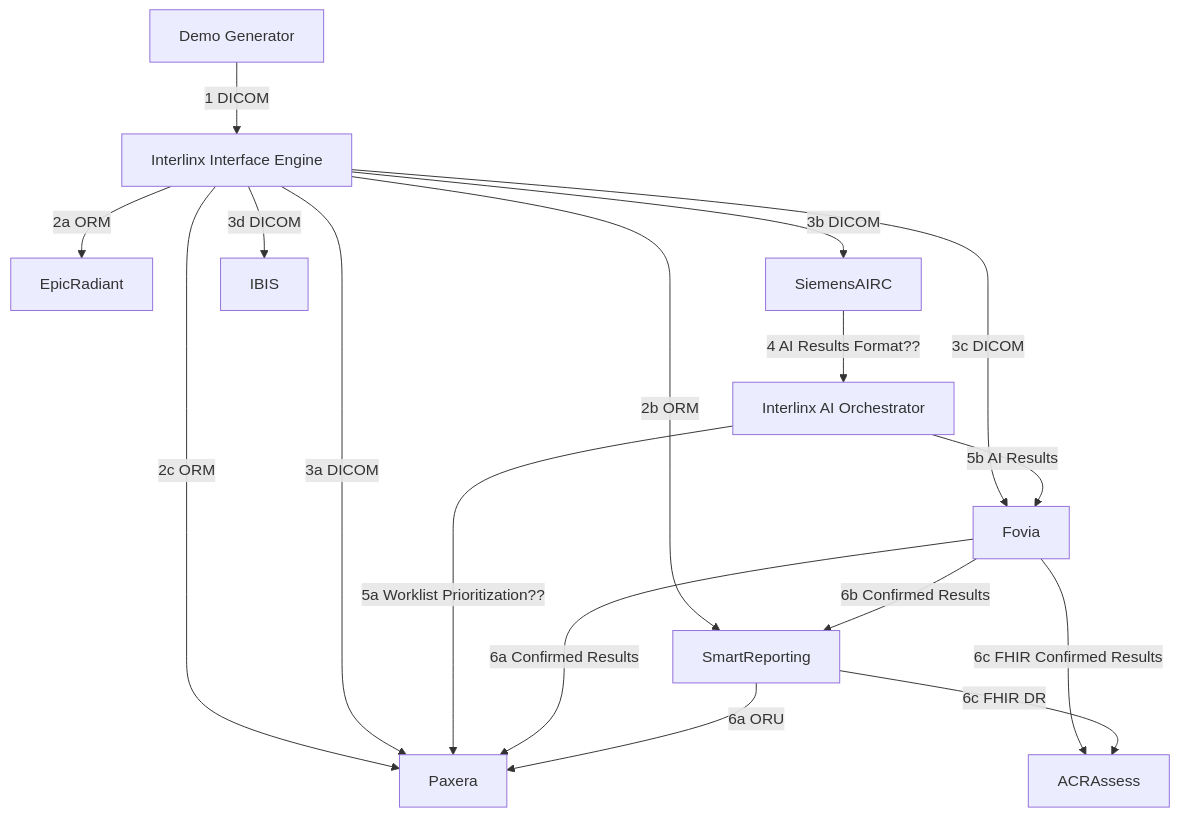
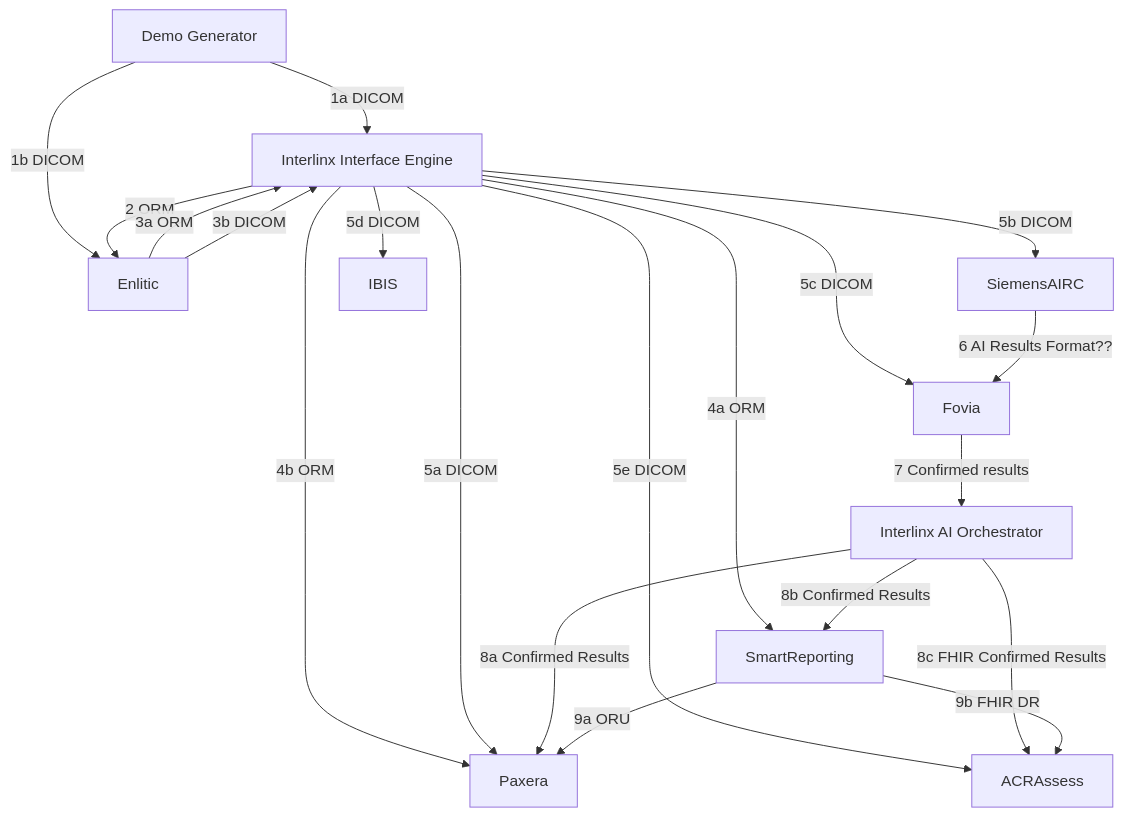
One commit to mohannadhussain/rsna-2024-rr-demo changed the diagram in ettinger/diagram-prostate-mr.md. Above: the diagram before and after it, drawn with Mermaid.

````diff
--- a/ettinger/diagram-prostate-mr.md
+++ b/ettinger/diagram-prostate-mr.md
@@ -4,25 +4,29 @@
 ```mermaid
 flowchart TD
-    Generator[Demo Generator] --> |1 DICOM| InterlinxIE[Interlinx Interface Engine]
+    Generator[Demo Generator] --> |1a DICOM| InterlinxIE[Interlinx Interface Engine]
+    Generator[Demo Generator] --> |1b DICOM|Enlitic
 
-    InterlinxIE --> |2a ORM| EpicRadiant
-    InterlinxIE --> |2b ORM| SmartReporting
-    InterlinxIE --> |2c ORM| Paxera
+    InterlinxIE --> |2 ORM| Enlitic
+    Enlitic --> |3a ORM| InterlinxIE
+    Enlitic --> |3b DICOM| InterlinxIE
 
-    InterlinxIE --> |3a DICOM| Paxera
-    InterlinxIE --> |3b DICOM| SiemensAIRC
-    InterlinxIE --> |3c DICOM| Fovia
-    InterlinxIE --> |3d DICOM| IBIS
+    InterlinxIE --> |4a ORM| SmartReporting
+    InterlinxIE --> |4b ORM| Paxera
+
+    InterlinxIE --> |5a DICOM| Paxera
+    InterlinxIE --> |5b DICOM| SiemensAIRC
+    InterlinxIE --> |5c DICOM| Fovia
+    InterlinxIE --> |5d DICOM| IBIS
+    InterlinxIE --> |5e DICOM| ACRAssess
     
-    SiemensAIRC --> |4 AI Results Format??| InterlinxAIO[Interlinx AI Orchestrator]
+    SiemensAIRC --> |6 AI Results Format??| Fovia
 
-    InterlinxAIO --> |5a Worklist Prioritization??| Paxera
-    InterlinxAIO --> |5b AI Results| Fovia
+    Fovia --> |7 Confirmed results| InterlinxAIO[Interlinx AI Orchestrator]
 
-    Fovia --> |6a Confirmed Results| Paxera
-    Fovia --> |6b Confirmed Results| SmartReporting
-    Fovia --> |6c FHIR Confirmed Results| ACRAssess
+    InterlinxAIO --> |8a Confirmed Results| Paxera
+    InterlinxAIO --> |8b Confirmed Results| SmartReporting
+    InterlinxAIO --> |8c FHIR Confirmed Results| ACRAssess
 
-    SmartReporting --> |6a ORU| Paxera
-    SmartReporting --> |6c FHIR DR| ACRAssess
+    SmartReporting --> |9a ORU| Paxera
+    SmartReporting --> |9b FHIR DR| ACRAssess
 ```
````
